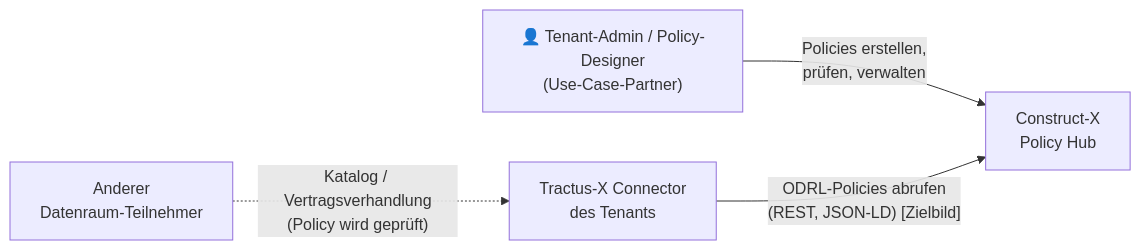
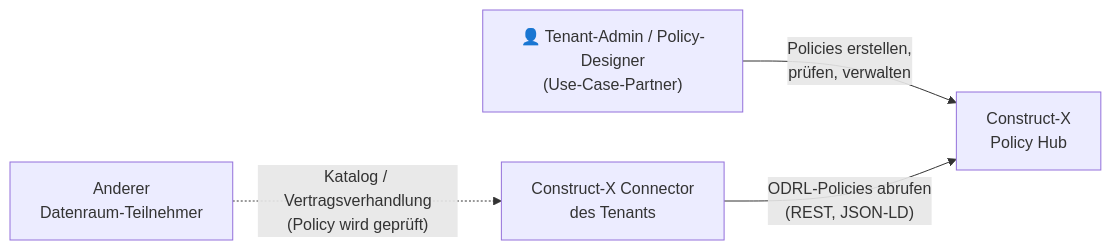
Before and after one commit to project-construct-x/policy-hub: the first of 12 diagrams in docs/architecture/architecture.md, drawn with Mermaid. The commit also changed other lines of this file, not shown here.

````diff
--- a/docs/architecture/architecture.md
+++ b/docs/architecture/architecture.md
@@ -116,11 +116,11 @@
 ```mermaid
 flowchart LR
     admin["👤 Tenant-Admin / Policy-Designer<br/>(Use-Case-Partner)"]
     hub["Construct-X<br/>Policy Hub"]
-    conn["Tractus-X Connector<br/>des Tenants"]
+    conn["Construct-X Connector<br/>des Tenants"]
     partner["Anderer<br/>Datenraum-Teilnehmer"]
 
     admin -- "Policies erstellen,<br/>prüfen, verwalten" --> hub
-    conn -- "ODRL-Policies abrufen<br/>(REST, JSON-LD) [Zielbild]" --> hub
+    conn -- "ODRL-Policies abrufen<br/>(REST, JSON-LD)" --> hub
     partner -. "Katalog / Vertragsverhandlung<br/>(Policy wird geprüft)" .-> conn
 ```
````
